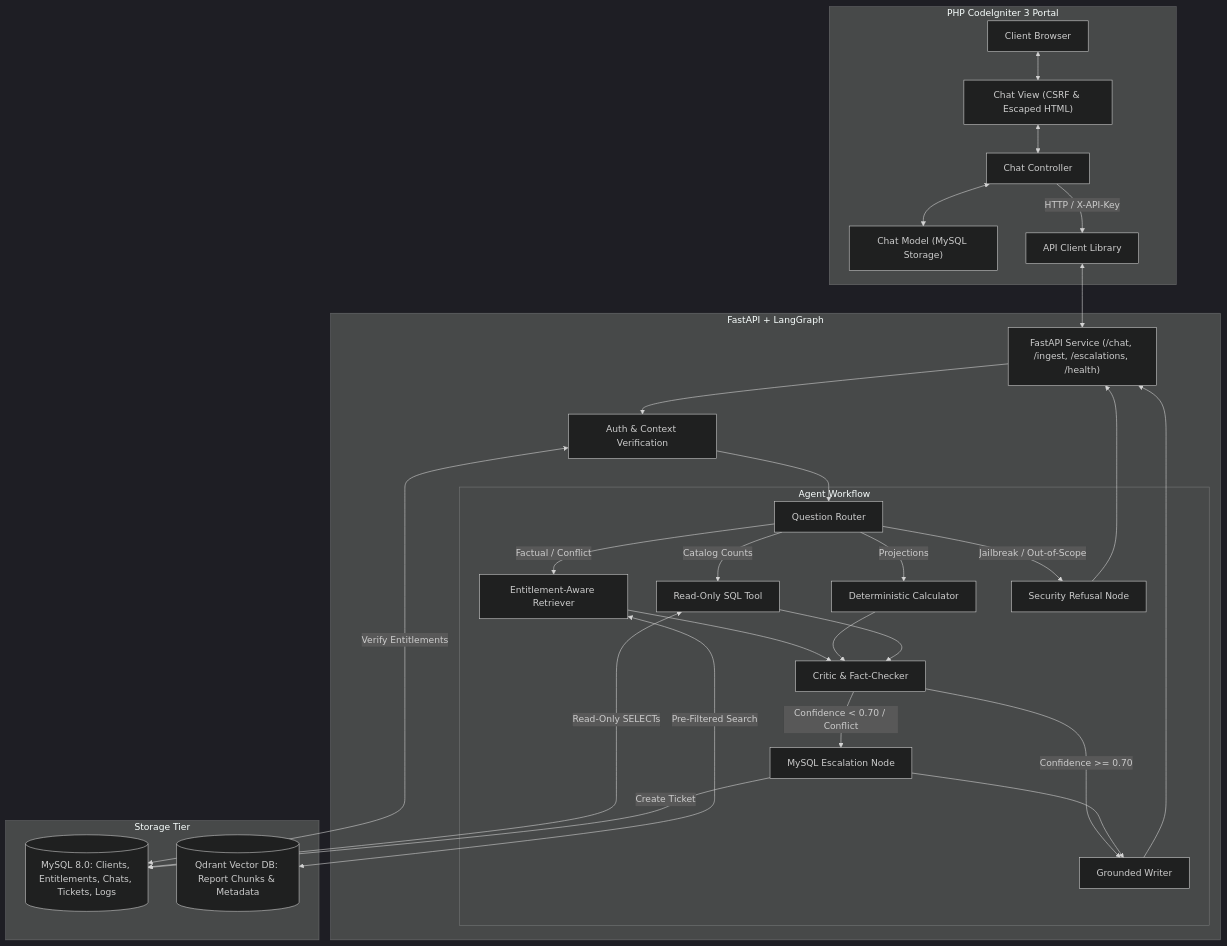
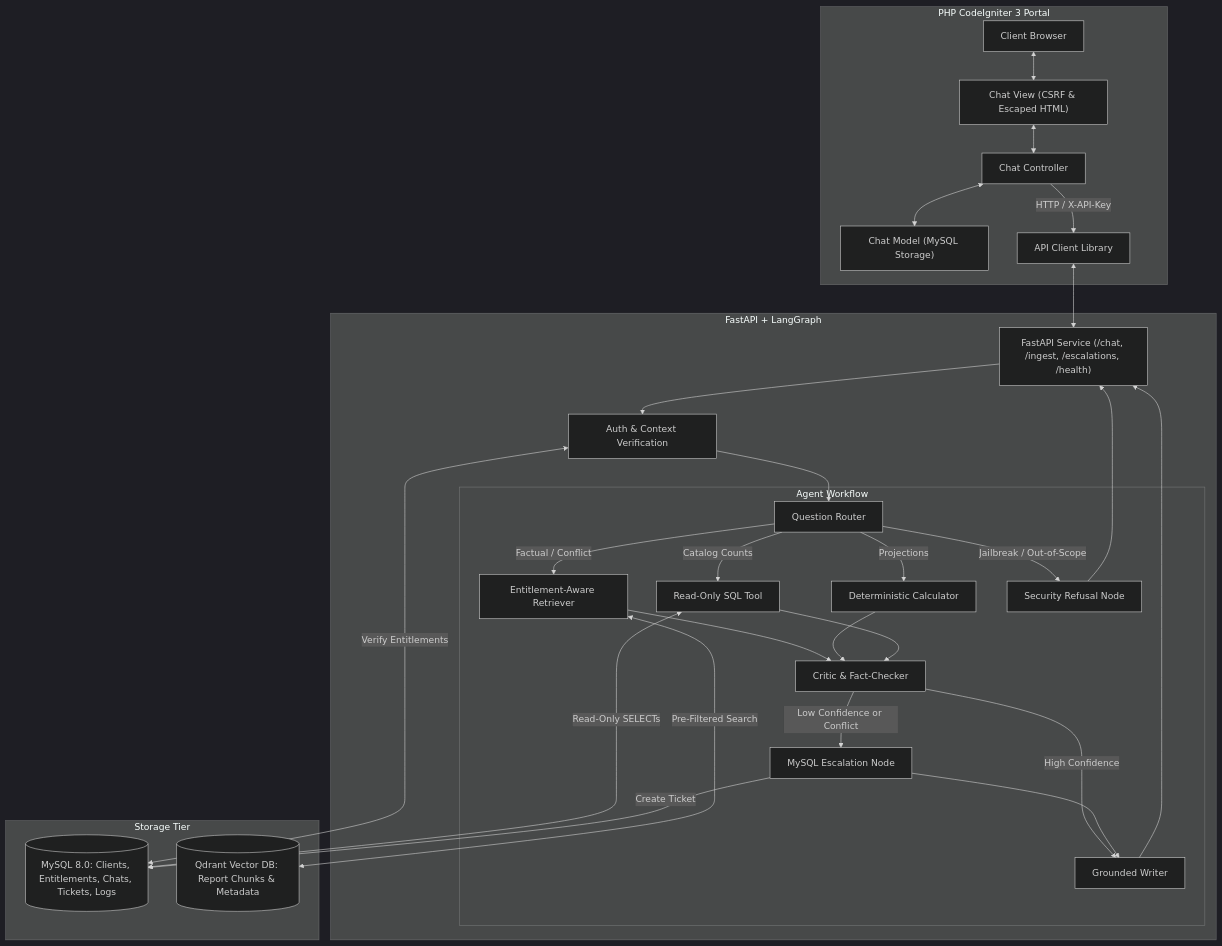
The diagram in README.md (Mandeepkumarsaw/Project-Atlas), drawn with Mermaid (dark theme) before and after one commit. The commit also changed 2 other files, not shown here.

Commit message:
docs: fix Mermaid flowchart syntax error in Project Description and docs

````diff
--- a/README.md
+++ b/README.md
@@ -32,53 +32,53 @@
 ```mermaid
 flowchart TD
     subgraph Presentation Tier [PHP CodeIgniter 3 Portal]
         Client["Client Browser"] <--> CI_View["Chat View (CSRF & Escaped HTML)"]
         CI_View <--> CI_Ctrl["Chat Controller"]
         CI_Ctrl <--> CI_Model["Chat Model (MySQL Storage)"]
         CI_Ctrl -->|HTTP / X-API-Key| API_Client["API Client Library"]
     end
 
     subgraph Service Tier [FastAPI + LangGraph]
         API_Client <--> FastAPI["FastAPI Service (/chat, /ingest, /escalations, /health)"]
         FastAPI --> Auth["Auth & Context Verification"]
         
         subgraph Agent Workflow
             Router["Question Router"]
             Retriever["Entitlement-Aware Retriever"]
             Calc["Deterministic Calculator"]
             SQL_Tool["Read-Only SQL Tool"]
             Critic["Critic & Fact-Checker"]
             Writer["Grounded Writer"]
             Refusal["Security Refusal Node"]
             Escalate["MySQL Escalation Node"]
         end
     end
 
     subgraph Storage Tier
         MySQL[("MySQL 8.0: Clients, Entitlements, Chats, Tickets, Logs")]
         Qdrant[("Qdrant Vector DB: Report Chunks & Metadata")]
     end
 
     Auth --> Router
     Auth <-->|Verify Entitlements| MySQL
 
     Router -->|Factual / Conflict| Retriever
     Router -->|Projections| Calc
     Router -->|Catalog Counts| SQL_Tool
     Router -->|Jailbreak / Out-of-Scope| Refusal
 
     Retriever <-->|Pre-Filtered Search| Qdrant
     SQL_Tool <-->|Read-Only SELECTs| MySQL
 
     Retriever --> Critic
     Calc --> Critic
     SQL_Tool --> Critic
 
-    Critic -->|Confidence >= 0.70| Writer
-    Critic -->|Confidence < 0.70 / Conflict| Escalate
+    Critic -->|High Confidence| Writer
+    Critic -->|Low Confidence or Conflict| Escalate
 
     Escalate -->|Create Ticket| MySQL
     Escalate --> Writer
     Writer --> FastAPI
     Refusal --> FastAPI
 ```
````
